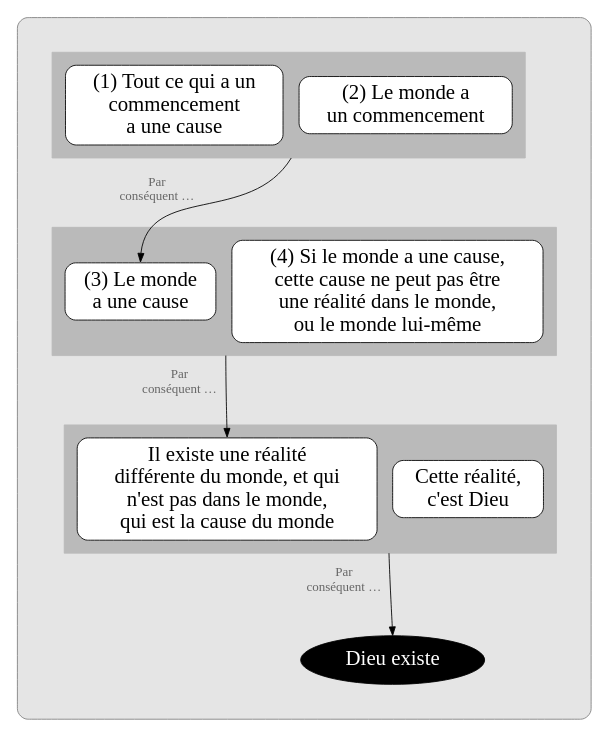
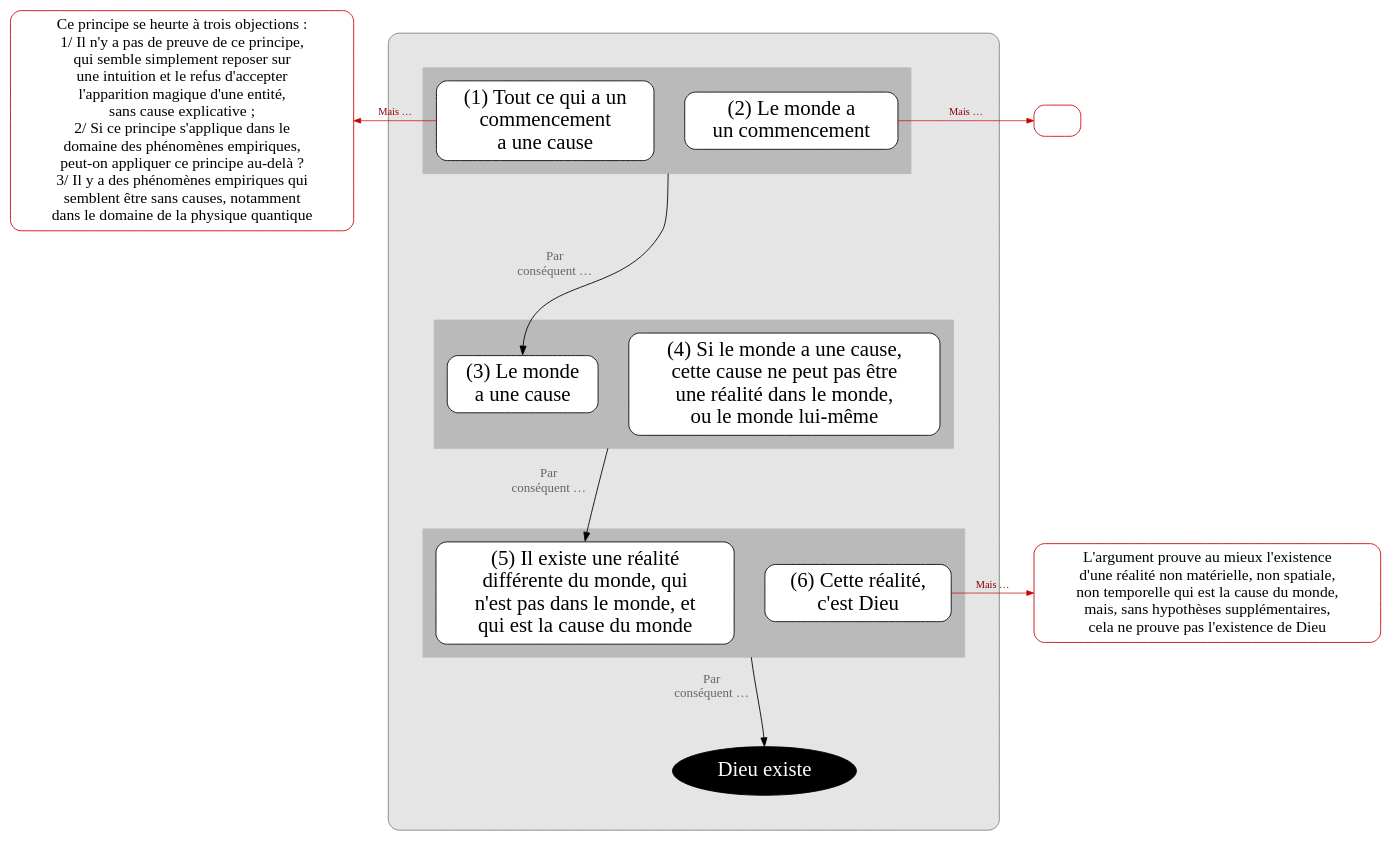
The diagram in argument/argument-cosmologique2.dot (eyssette/graphviz-examples), drawn with Graphviz before and after one commit. The commit also changed 1 other file, not shown here.

```diff
--- a/argument/argument-cosmologique2.dot
+++ b/argument/argument-cosmologique2.dot
@@ -1,89 +1,112 @@
 digraph G {
 splines=true
 newrank=true
 compound=true
 
 
-node[color=red3, style="rounded, filled", shape="box", fillcolor=white, penwidth=1, fontcolor=black, fontsize=16, margin=0.1]
+node[color=red3, style="rounded, filled", shape="box", fillcolor=white, penwidth=1, fontcolor=black, fontsize=18, margin=0.1]
+
+o1[label="Ce principe se heurte à trois objections :
+1/ Il n'y a pas de preuve de ce principe,
+qui semble simplement reposer sur
+une intuition et le refus d'accepter
+l'apparition magique d'une entité,
+sans cause explicative ;
+2/ Si ce principe s'applique dans le
+domaine des phénomènes empiriques,
+peut-on appliquer ce principe au-delà ?
+3/ Il y a des phénomènes empiriques qui
+semblent être sans causes, notamment
+dans le domaine de la physique quantique"]
 
 node[shape=box, fillcolor=white, style="filled,rounded", color=black, fontsize=24, penwidth=1,fontcolor=black, margin=0.1]
 edge[minlen=2,color=red3, penwidth=0.8, arrowsize=0.8, label=" Mais …", fontcolor=red4,fontsize=12]
-//{rank=same;o1->p1[dir=back]}
+{rank=same;o1->p1[dir=back]}
 
 
 subgraph cluster_0 {
 bgcolor=grey90
 style=rounded
 color=grey50
 margin=40
 
 
 
 node[shape=box, fillcolor=white, style="filled,rounded", color=black]
 edge[label="",xlabel="Par
 conséquent …",fontcolor=grey40;fontsize=15,minlen=3,color=black,penwidth=1, arrowsize=1]
-
 
 
 subgraph cluster_1 {
 style="box"
 margin=15
 bgcolor=grey73
 color=grey73
 p1[label="(1) Tout ce qui a un
 commencement
 a une cause"]
 
 p2[label="(2) Le monde a
 un commencement"]
 }
 
 //p1->p2[style=invis,xlabel="",minlen=1]
 {rank=same;p1->p2[style=invis,xlabel="",minlen=1]}
 
 p2:w->p3:n[ltail=cluster_1]
 //p2:w->p3:n[ltail=cluster_1]
 
 
 subgraph cluster_2 {
 style="box"
 margin=15
 bgcolor=grey73
 color=grey73
 p3[label="(3) Le monde
 a une cause"]
 p4[label="(4) Si le monde a une cause,
 cette cause ne peut pas être
 une réalité dans le monde,
 ou le monde lui-même"]
 }
 {rank=same;p3->p4[style=invis,xlabel="",minlen=1]}
 
 p4:w->p5:n[ltail=cluster_2]
 
 
 subgraph cluster_3 {
 style="box"
 margin=15
 bgcolor=grey73
 color=grey73
-p5[label="Il existe une réalité
-différente du monde, et qui
-n'est pas dans le monde,
+p5[label="(5) Il existe une réalité
+différente du monde, qui
+n'est pas dans le monde, et
 qui est la cause du monde"]
-p6[label="Cette réalité,
+p6[label="(6) Cette réalité,
 c'est Dieu"]
 }
 
 {rank=same;p5->p6[style=invis,xlabel="",minlen=1]}
 
 p6:w->C:n[ltail=cluster_3]
 
 C[label="Dieu existe",fillcolor=black, fontcolor=white, color=black, shape=ellipse]
 
 
 }
 
-node[color=red3, style="rounded, filled", shape="box", fillcolor=white, penwidth=1, fontcolor=black, fontsize=16, margin=0.1]
+node[color=red3, style="rounded, filled", shape="box", fillcolor=white, penwidth=1, fontcolor=black, fontsize=18, margin=0.1]
+
+o2[label=""]
+
+{rank=same;p2->o2}
+
+o6[label="L'argument prouve au mieux l'existence
+d'une réalité non matérielle, non spatiale,
+non temporelle qui est la cause du monde,
+mais, sans hypothèses supplémentaires,
+cela ne prouve pas l'existence de Dieu"]
+{rank=same;p6->o6}
 
 }
```
